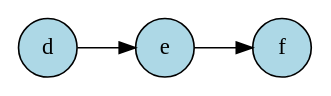
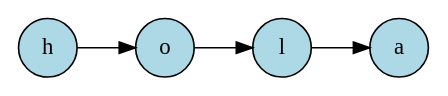
One commit to TheDavidF/Analizador-l-xico-y-Sint-ctico changed the diagram in graph.dot. Above: the diagram before and after it, drawn with Graphviz. The commit also changed 22 other files, not shown here.

```diff
--- a/graph.dot
+++ b/graph.dot
@@ -1,4 +1,4 @@
 digraph G {
    node [shape = circle, style = filled, fillcolor = lightblue]
    rankdir=LR
-"d"->"e"->"f"}
+"h"->"o"->"l"->"a"}
```
